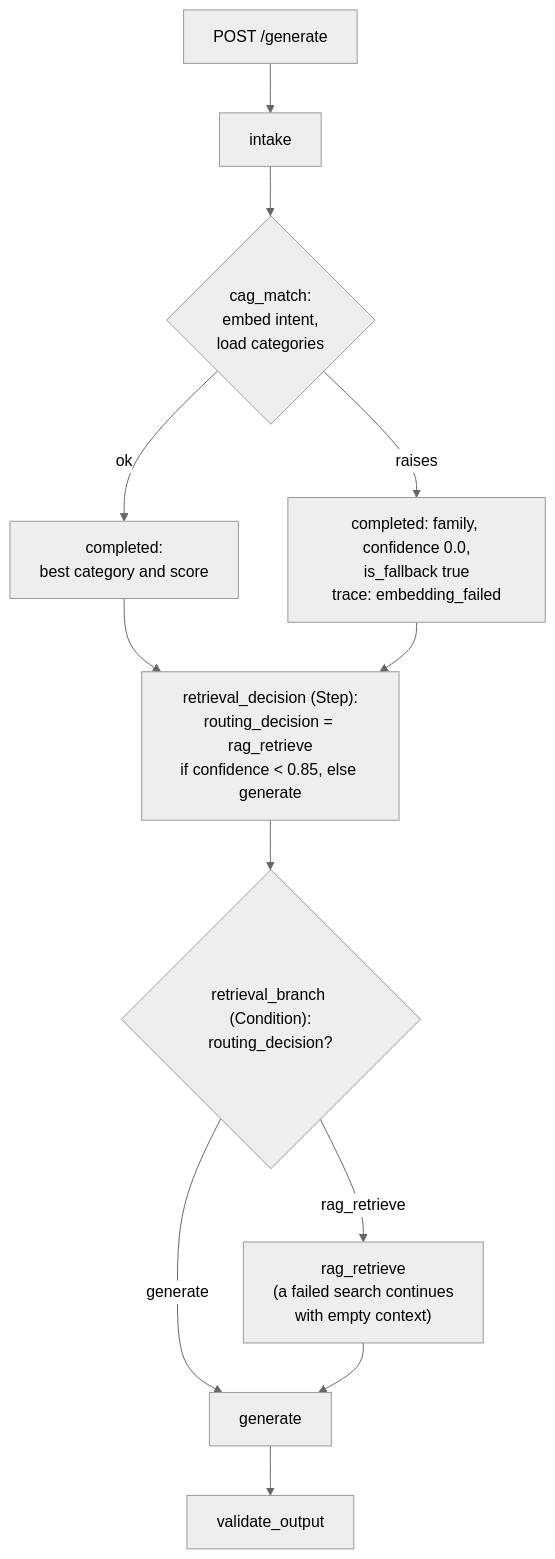
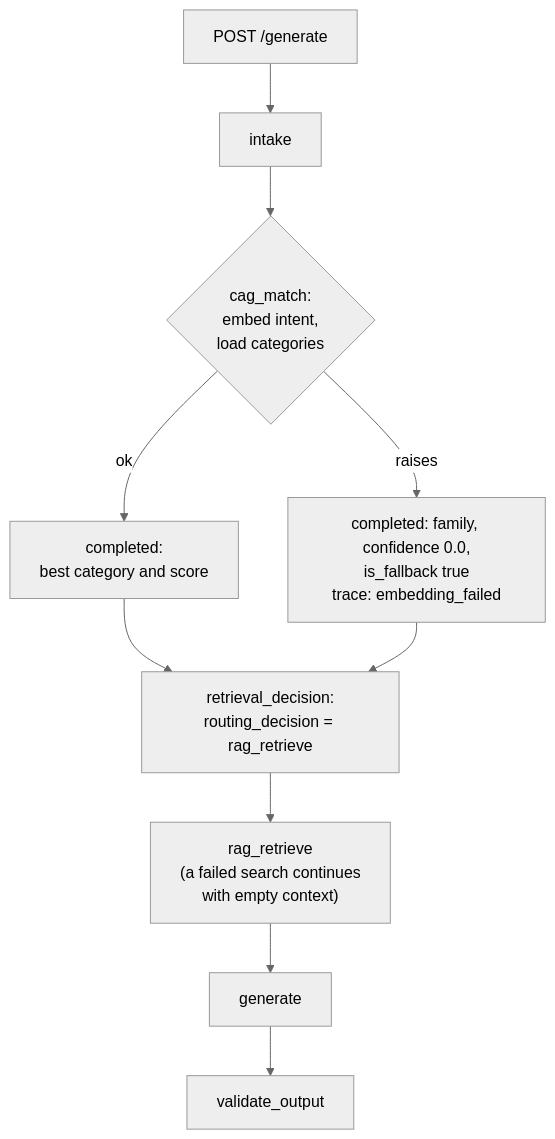
Before and after one commit to yutingwang999/Agno_Travel_Agent: the first of 4 diagrams in docs/api.md, drawn with Mermaid (neutral theme). The commit also changed other lines of this file and 16 other files, not shown here.

Commit message:
feat(workflow): retrieve on every request and use one itinerary_with_context template

````diff
--- a/docs/api.md
+++ b/docs/api.md
@@ -397,14 +394,12 @@
 ```mermaid
 flowchart TD
     A[POST /generate] --> B[intake]
     B --> C{cag_match:<br/>embed intent,<br/>load categories}
     C -- ok --> C1[completed:<br/>best category and score]
     C -- raises --> C2["completed: family, confidence 0.0,<br/>is_fallback true<br/>trace: embedding_failed"]
-    C1 --> D["retrieval_decision (Step):<br/>routing_decision = rag_retrieve<br/>if confidence < 0.85, else generate"]
+    C1 --> D["retrieval_decision:<br/>routing_decision = rag_retrieve"]
     C2 --> D
-    D --> R{"retrieval_branch (Condition):<br/>routing_decision?"}
-    R -- rag_retrieve --> E["rag_retrieve<br/>(a failed search continues<br/>with empty context)"]
-    R -- generate --> F[generate]
-    E --> F
+    D --> E["rag_retrieve<br/>(a failed search continues<br/>with empty context)"]
+    E --> F[generate]
     F --> G[validate_output]
 ```
````
